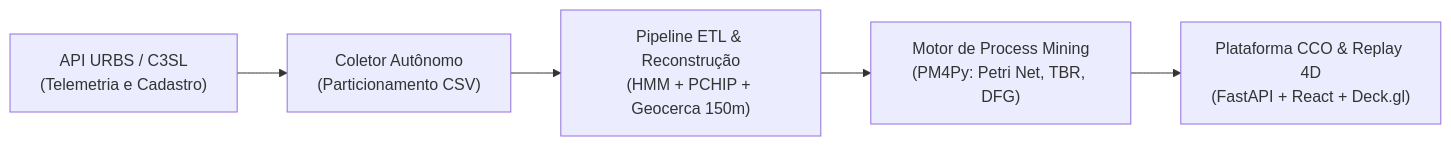
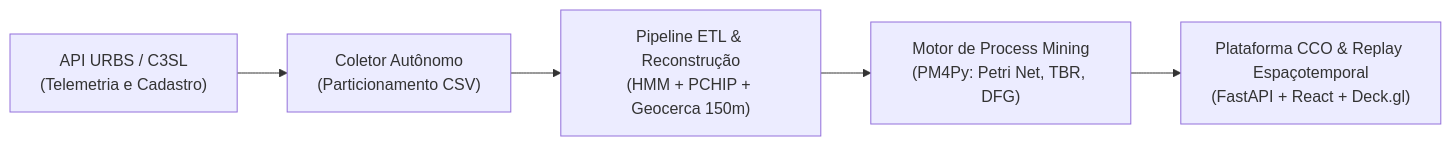
Before and after one commit to artrosisca/tcc-urbs: the diagram in docs/tcc/capitulo-3-metodologia.md, drawn with Mermaid. The commit also changed other lines of this file and 2 other files, not shown here.

Commit message:
docs(tcc): alinhar titulos das etapas metodologicas no sumario e diagrama

````diff
--- a/docs/tcc/capitulo-3-metodologia.md
+++ b/docs/tcc/capitulo-3-metodologia.md
@@ -19,7 +19,8 @@
 ```mermaid
 flowchart LR
     A["API URBS / C3SL<br/>(Telemetria e Cadastro)"] --> B["Coletor Autônomo<br/>(Particionamento CSV)"]
     B --> C["Pipeline ETL & Reconstrução<br/>(HMM + PCHIP + Geocerca 150m)"]
-    C --> D["Motor de Process Mining<br/>(PM4Py: Petri Net, TBR, DFG)"]
-    D --> E["Plataforma CCO & Replay 4D<br/>(FastAPI + React + Deck.gl)"]
+    D["Motor de Process Mining<br/>(PM4Py: Petri Net, TBR, DFG)"]
+    C --> D
+    D --> E["Plataforma CCO & Replay Espaçotemporal<br/>(FastAPI + React + Deck.gl)"]
 ```
````
